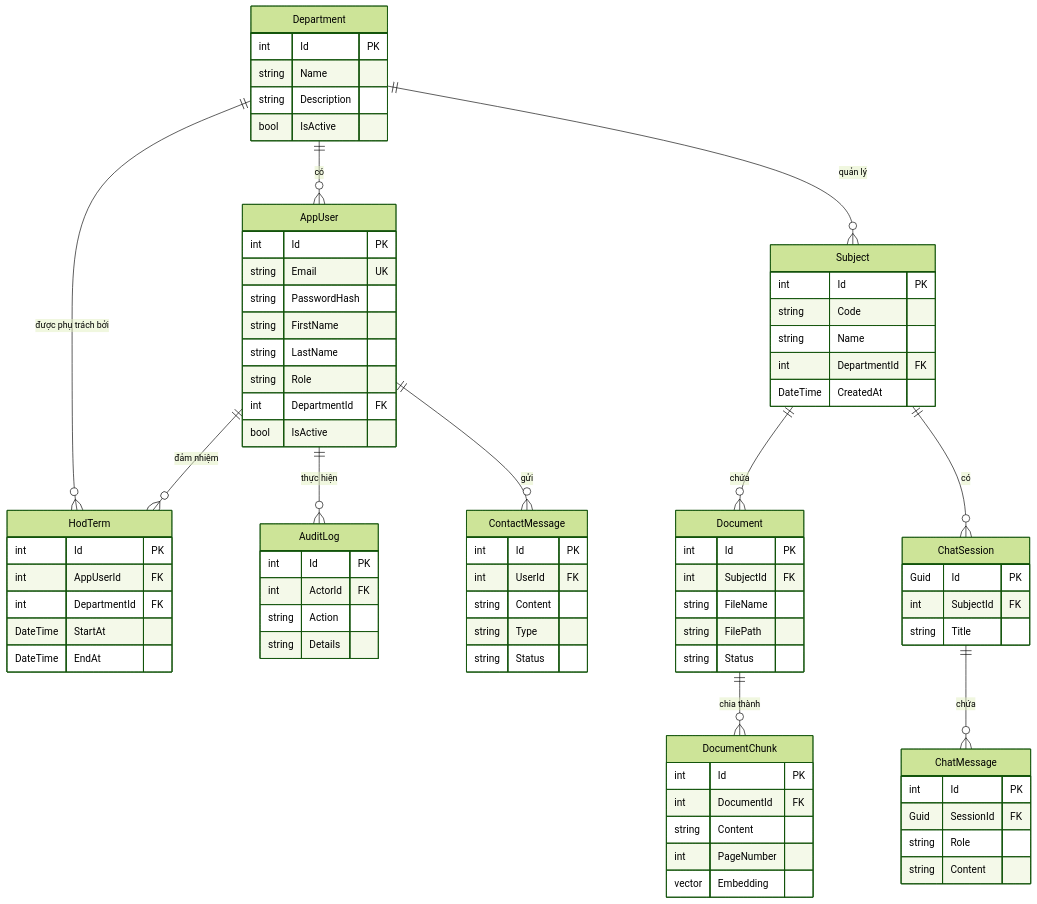
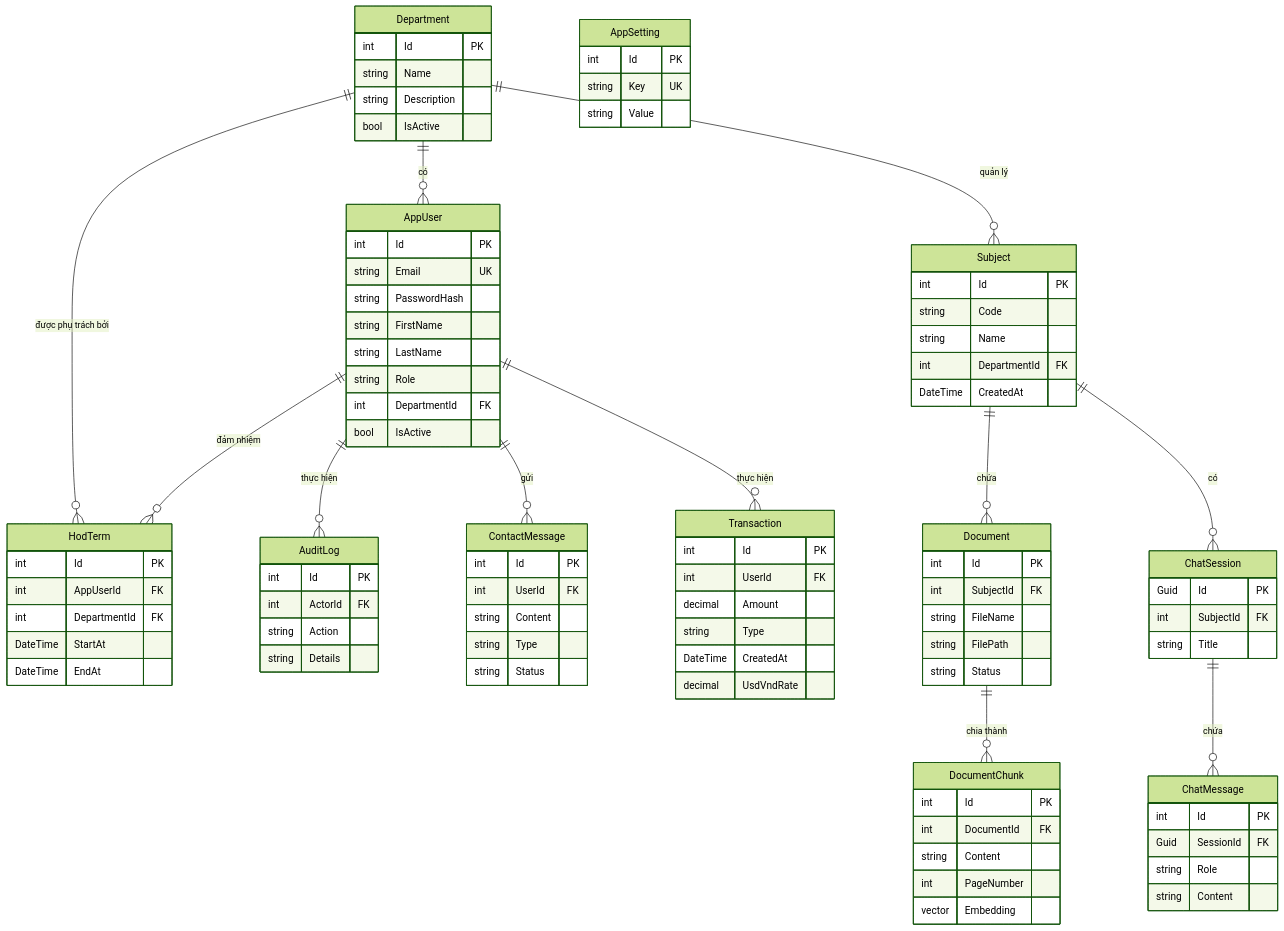
One commit to wuaghy/PRN-Final-Proj changed the diagram in Docs/ENTITIES.md. Above: the diagram before and after it, drawn with Mermaid (forest theme). The commit also changed other lines of this file and 28 other files, not shown here.

````diff
--- a/Docs/ENTITIES.md
+++ b/Docs/ENTITIES.md
@@ -31,6 +33,7 @@
     Department ||--o{ HodTerm : "được phụ trách bởi"
     AppUser ||--o{ AuditLog : "thực hiện"
     AppUser ||--o{ ContactMessage : "gửi"
+    AppUser ||--o{ Transaction : "thực hiện"
     Subject ||--o{ Document : "chứa"
     Subject ||--o{ ChatSession : "có"
     Document ||--o{ DocumentChunk : "chia thành"
@@ -113,4 +116,19 @@
         string Type
         string Status
     }
+
+    AppSetting {
+        int Id PK
+        string Key UK
+        string Value
+    }
+
+    Transaction {
+        int Id PK
+        int UserId FK
+        decimal Amount
+        string Type
+        DateTime CreatedAt
+        decimal UsdVndRate
+    }
 ```
````
